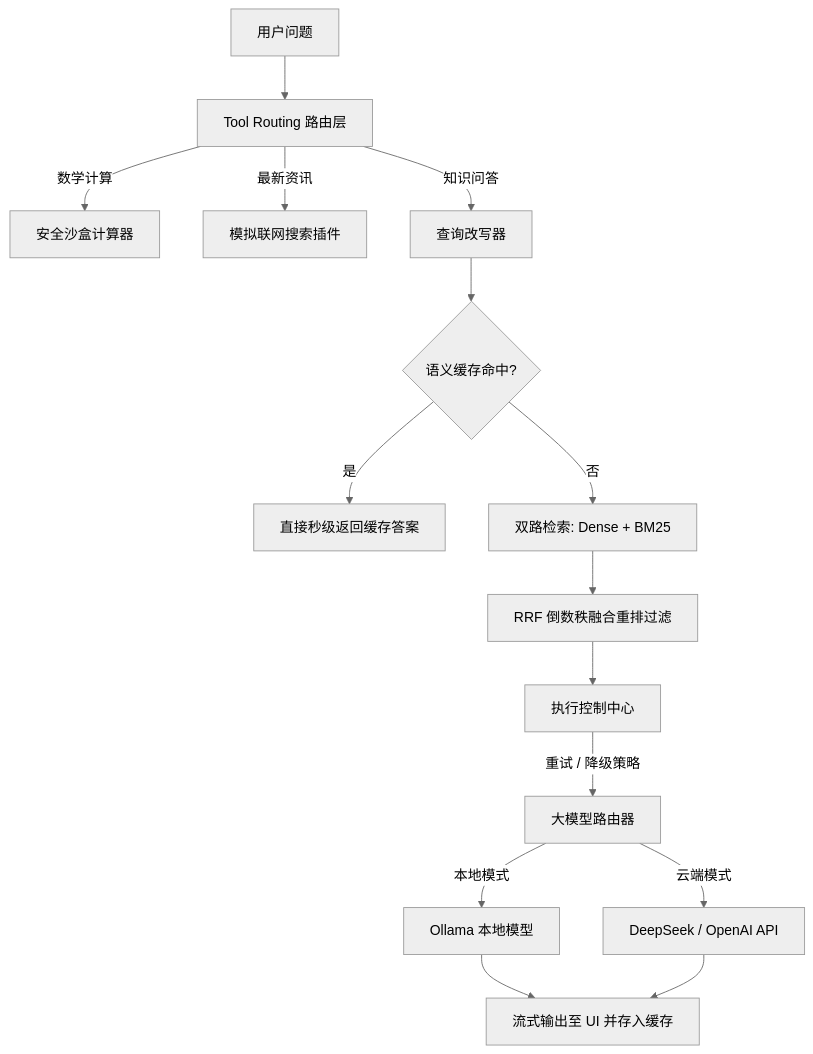
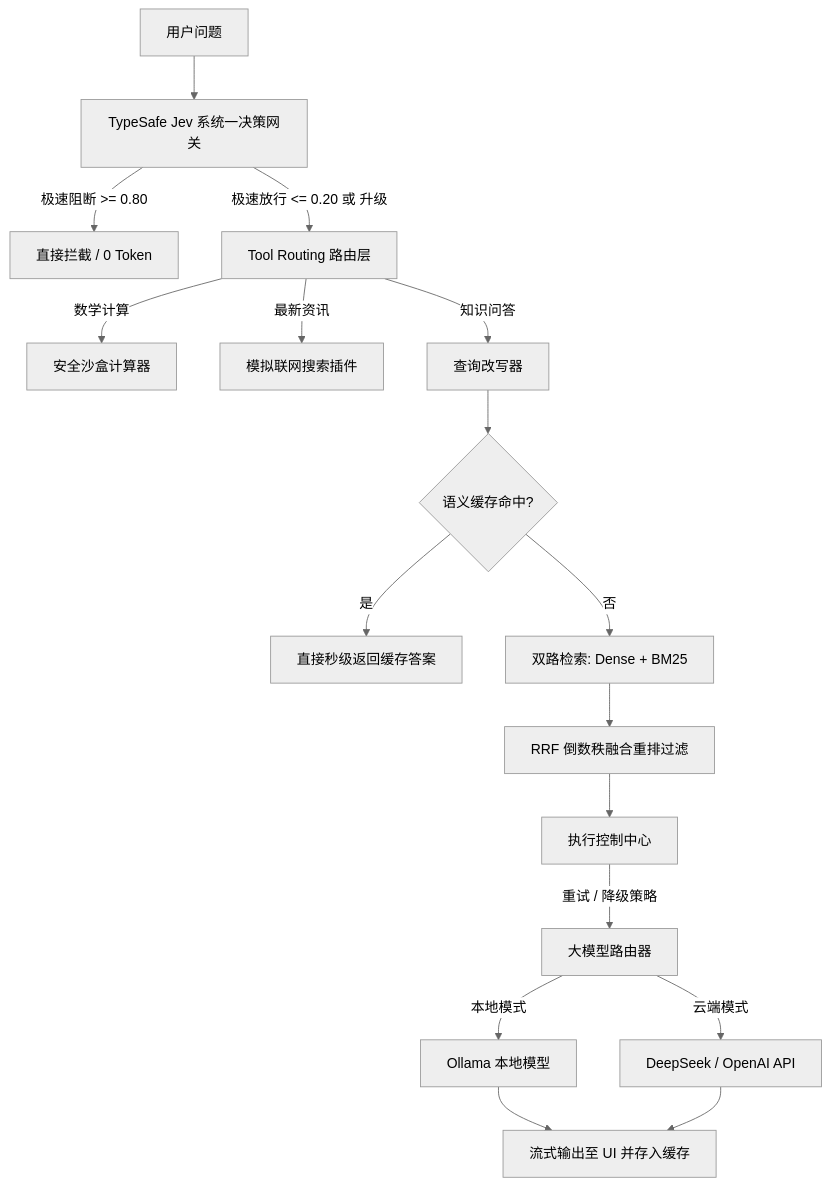
Before and after one commit to Hao610/AI-Model-Atlas: the diagram in projects/rag-app/README_zh.md, drawn with Mermaid (neutral theme). The commit also changed 5 other files, not shown here.

Commit message:
docs: update root and rag-app READMEs with TypeSafe Jev architecture and quickstart step

````diff
--- a/projects/rag-app/README_zh.md
+++ b/projects/rag-app/README_zh.md
@@ -13,22 +13,24 @@
 ```mermaid
 flowchart TD
-    UserQuery[用户问题] --> ToolRouter[Tool Routing 路由层]
+    UserQuery[用户问题] --> JevGate[TypeSafe Jev 系统一决策网关]
+    JevGate -->|极速阻断 >= 0.80| DirectBlock[直接拦截 / 0 Token]
+    JevGate -->|极速放行 <= 0.20 或 升级| ToolRouter[Tool Routing 路由层]
     ToolRouter -->|数学计算| CalculatorTool[安全沙盒计算器]
     ToolRouter -->|最新资讯| WebTool[模拟联网搜索插件]
     ToolRouter -->|知识问答| QueryRewriter[查询改写器]
     
     QueryRewriter --> SemanticCacheCheck{语义缓存命中?}
     
     SemanticCacheCheck -->|是| InstantReturn[直接秒级返回缓存答案]
     SemanticCacheCheck -->|否| VectorSearch[双路检索: Dense + BM25]
     
     VectorSearch --> Reranker[RRF 倒数秩融合重排过滤]
     Reranker --> ExecutionController[执行控制中心]
     
     ExecutionController -->|重试 / 降级策略| LLMRouter[大模型路由器]
     LLMRouter -->|本地模式| Ollama[Ollama 本地模型]
     LLMRouter -->|云端模式| CloudAPI[DeepSeek / OpenAI API]
     
     Ollama --> StreamOutput[流式输出至 UI 并存入缓存]
     CloudAPI --> StreamOutput
 ```
````
